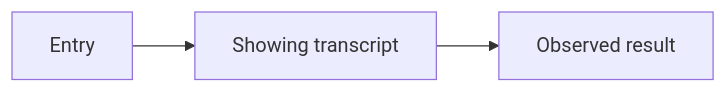
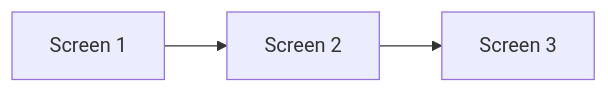
One commit to Dev-Corgi/Notes-Clone changed the diagram in docs/apple-notes/flows/showing-transcript/README.md. Above: the diagram before and after it, drawn with Mermaid. The commit also changed other lines of this file and 77 other files, not shown here.

Commit message:
docs: verify additional Apple Notes flows

````diff
--- a/docs/apple-notes/flows/showing-transcript/README.md
+++ b/docs/apple-notes/flows/showing-transcript/README.md
@@ -9,5 +10,8 @@
 ```mermaid
 flowchart LR
-  A[Entry] --> B[Showing transcript]
-  B --> C[Observed result]
+  S1[Screen 1]
+  S2[Screen 2]
+  S3[Screen 3]
+  S1 --> S2
+  S2 --> S3
 ```
````
